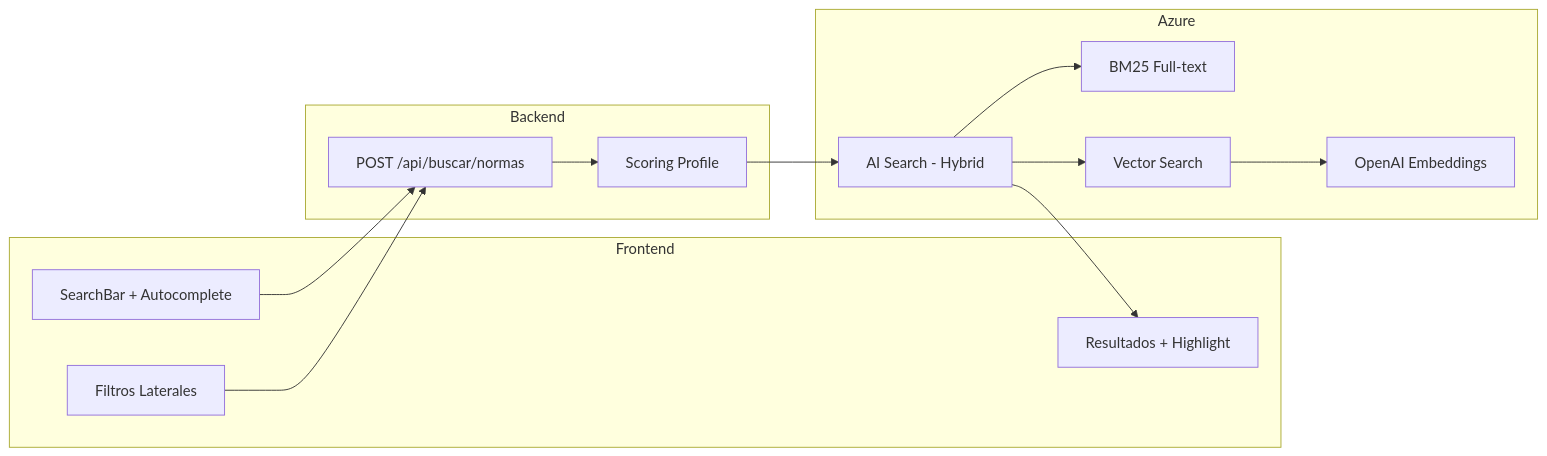
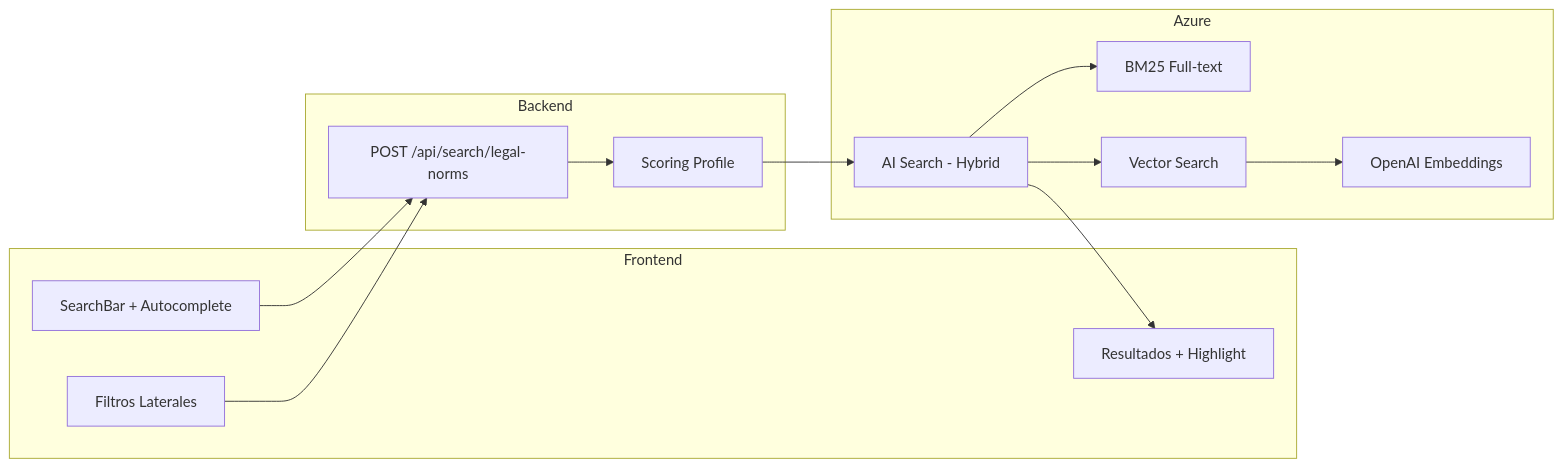
Before and after one commit to pablonux/legal-ai-ar: the diagram in docs/roadmap/F03 - Legal Norm Search/F03 - W01 - Comprehensive Documentation.md, drawn with Mermaid. The commit also changed other lines of this file and 173 other files, not shown here.

````diff
--- a/docs/roadmap/F03 - Legal Norm Search/F03 - W01 - Comprehensive Documentation.md
+++ b/docs/roadmap/F03 - Legal Norm Search/F03 - W01 - Comprehensive Documentation.md
@@ -18,25 +18,25 @@
 ```mermaid
 graph LR
     subgraph Frontend
         SB[SearchBar + Autocomplete]
         FL[Filtros Laterales]
         RL[Resultados + Highlight]
     end
     subgraph Backend
-        EP[POST /api/buscar/normas]
+        EP[POST /api/search/legal-norms]
         SP[Scoring Profile]
     end
     subgraph Azure
         AIS[AI Search - Hybrid]
         BM[BM25 Full-text]
         VEC[Vector Search]
         EMB[OpenAI Embeddings]
     end
     SB --> EP
     FL --> EP
     EP --> SP
     SP --> AIS
     AIS --> BM & VEC
     VEC --> EMB
     AIS --> RL
 ```
````
